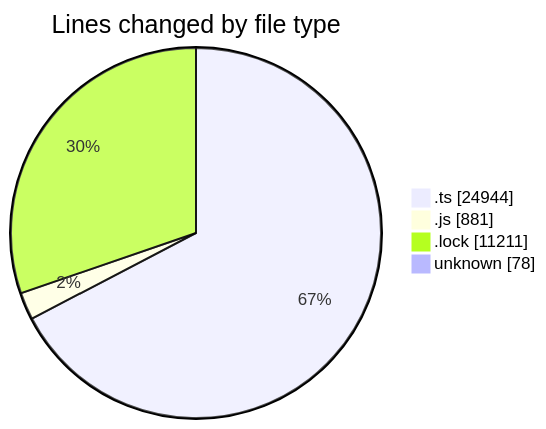
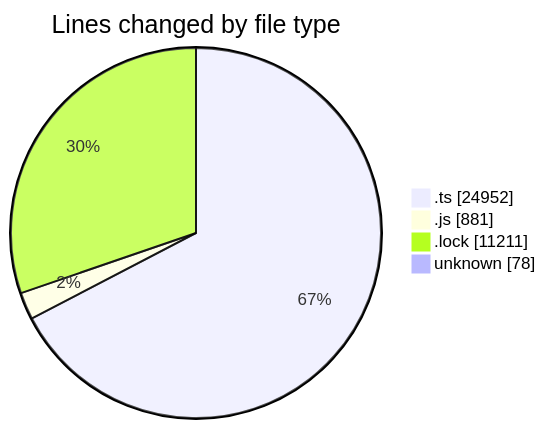
One commit to momahboobian/code-tracking changed the first of 2 diagrams in 2025-05-20/cda/README.md. Above: the diagram before and after it, drawn with Mermaid. The commit also changed other lines of this file and 1 other file, not shown here.

````diff
--- a/2025-05-20/cda/README.md
+++ b/2025-05-20/cda/README.md
@@ -38,8 +38,8 @@
 ```mermaid
 pie showData
 title Lines changed by file type
-".ts" : 24944
+".ts" : 24952
 ".js" : 881
 ".lock" : 11211
 "unknown" : 78
 ```
````
